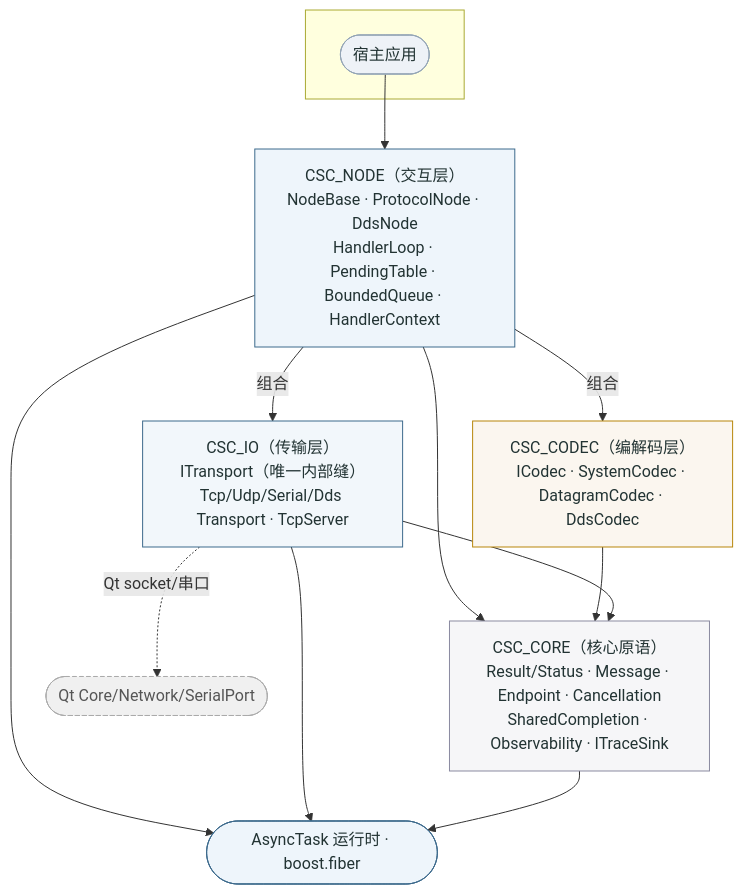
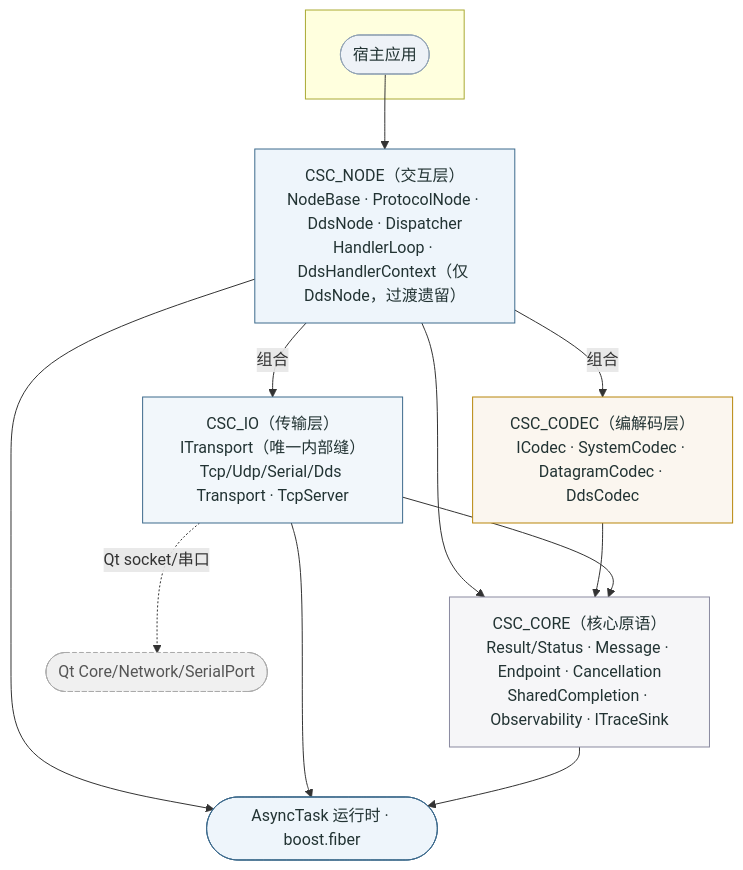
One commit to Ste7an-cs/Transport changed the diagram in docs/diagrams/sdd-csc-layers.mmd. Above: the diagram before and after it, drawn with Mermaid. The commit also changed 20 other files, not shown here.

First line of the commit message:
docs(sdd): 同步 handler 通道废止(ADR-0009),十张图重绘并重渲染

```diff
--- a/docs/diagrams/sdd-csc-layers.mmd
+++ b/docs/diagrams/sdd-csc-layers.mmd
@@ -1,33 +1,33 @@
 flowchart TB
     subgraph HOST[" "]
       APP([宿主应用])
     end
-    NODE["CSC_NODE（交互层）<br/>NodeBase · ProtocolNode · DdsNode<br/>HandlerLoop · PendingTable · BoundedQueue · HandlerContext"]
+    NODE["CSC_NODE（交互层）<br/>NodeBase · ProtocolNode · DdsNode · Dispatcher<br/>HandlerLoop · DdsHandlerContext（仅 DdsNode，过渡遗留）"]
     CODEC["CSC_CODEC（编解码层）<br/>ICodec · SystemCodec · DatagramCodec · DdsCodec"]
     IO["CSC_IO（传输层）<br/>ITransport（唯一内部缝）<br/>Tcp/Udp/Serial/Dds Transport · TcpServer"]
     CORE["CSC_CORE（核心原语）<br/>Result/Status · Message · Endpoint · Cancellation<br/>SharedCompletion · Observability · ITraceSink"]
     RT([AsyncTask 运行时 · boost.fiber])
     QT([Qt Core/Network/SerialPort]):::opt
 
     APP --> NODE
     NODE -->|组合| CODEC
     NODE -->|组合| IO
     NODE --> CORE
     CODEC --> CORE
     IO --> CORE
     IO -.Qt socket/串口.-> QT
     NODE --> RT
     IO --> RT
     CORE --> RT
 
     classDef host fill:#eef2f7,stroke:#93a4b5,color:#233;
     classDef node fill:#eef5fb,stroke:#3d6a8c,color:#233;
     classDef codec fill:#fbf6ef,stroke:#b8860b,color:#233;
     classDef io fill:#f2f7fb,stroke:#3d6a8c,color:#233;
     classDef core fill:#f6f6f8,stroke:#8a8aa0,color:#233;
     classDef opt fill:#f0f0f0,stroke:#aaa,color:#555,stroke-dasharray:4 3;
     class APP host;
     class NODE node;
     class CODEC codec;
     class IO io;
     class CORE core;
```
